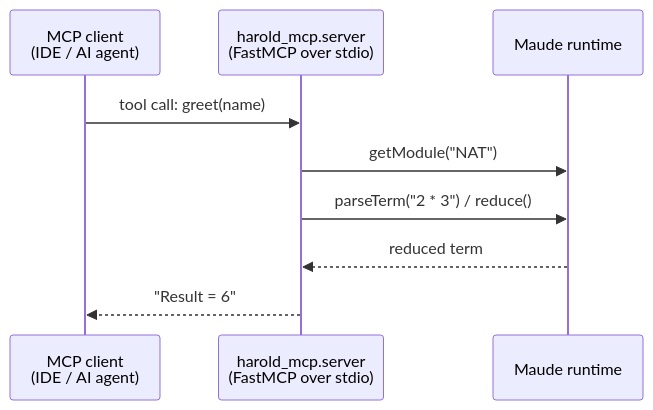
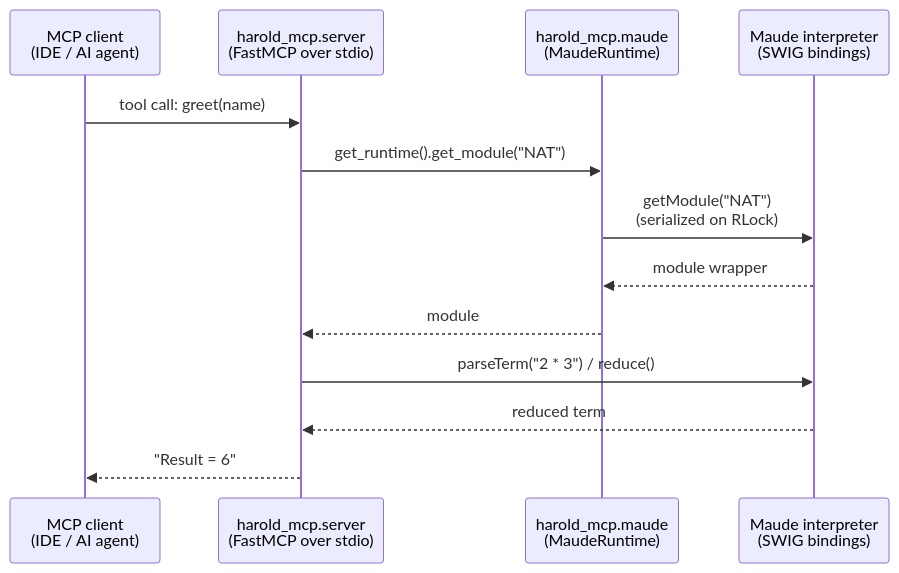
One commit to demiourgoi/Harold changed the diagram in harold-mcp/.agents/summary/interfaces.md. Above: the diagram before and after it, drawn with Mermaid. The commit also changed other lines of this file and 8 other files, not shown here.

````diff
--- a/harold-mcp/.agents/summary/interfaces.md
+++ b/harold-mcp/.agents/summary/interfaces.md
@@ -14,11 +14,15 @@
 ```mermaid
 sequenceDiagram
     participant C as MCP client<br>(IDE / AI agent)
     participant S as harold_mcp.server<br>(FastMCP over stdio)
-    participant M as Maude runtime
+    participant R as harold_mcp.maude<br>(MaudeRuntime)
+    participant M as Maude interpreter<br>(SWIG bindings)
     C->>S: tool call: greet(name)
-    S->>M: getModule("NAT")
+    S->>R: get_runtime().get_module("NAT")
+    R->>M: getModule("NAT")<br>(serialized on RLock)
+    M-->>R: module wrapper
+    R-->>S: module
     S->>M: parseTerm("2 * 3") / reduce()
     M-->>S: reduced term
     S-->>C: "Result = 6"
 ```
````
